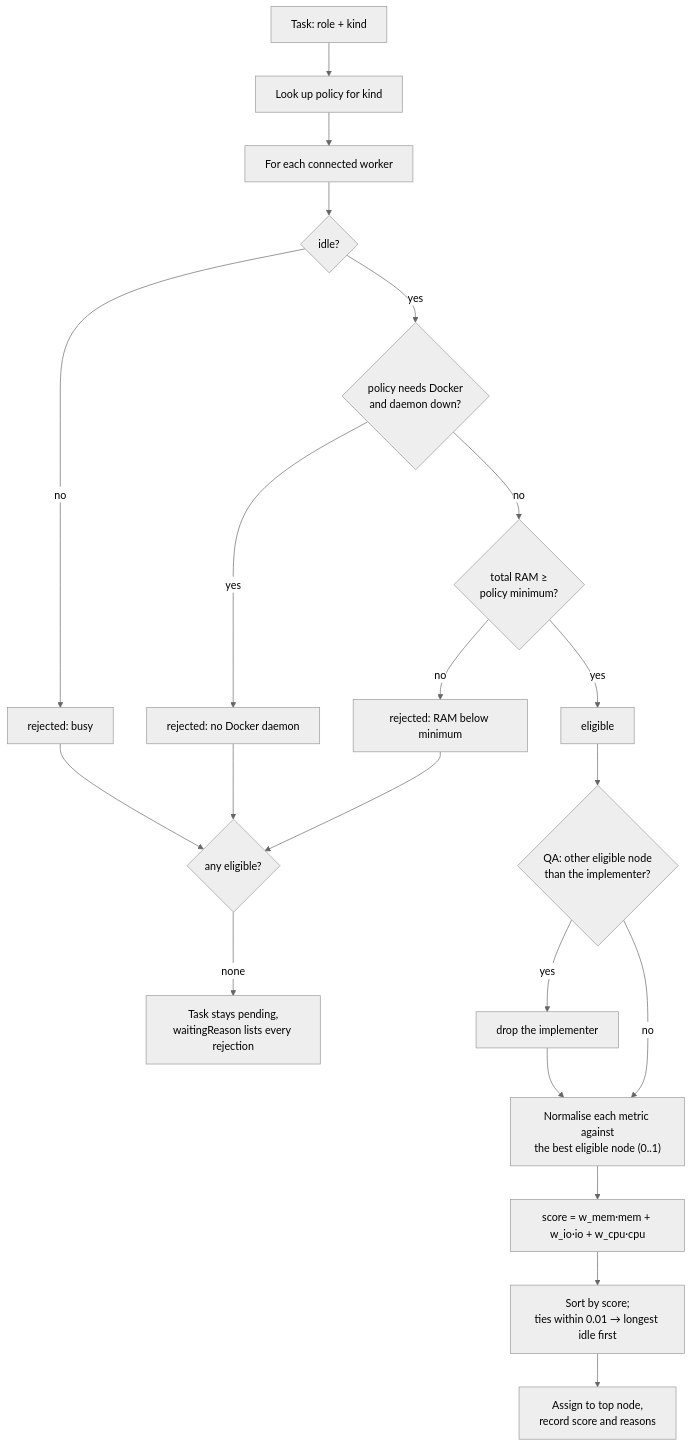
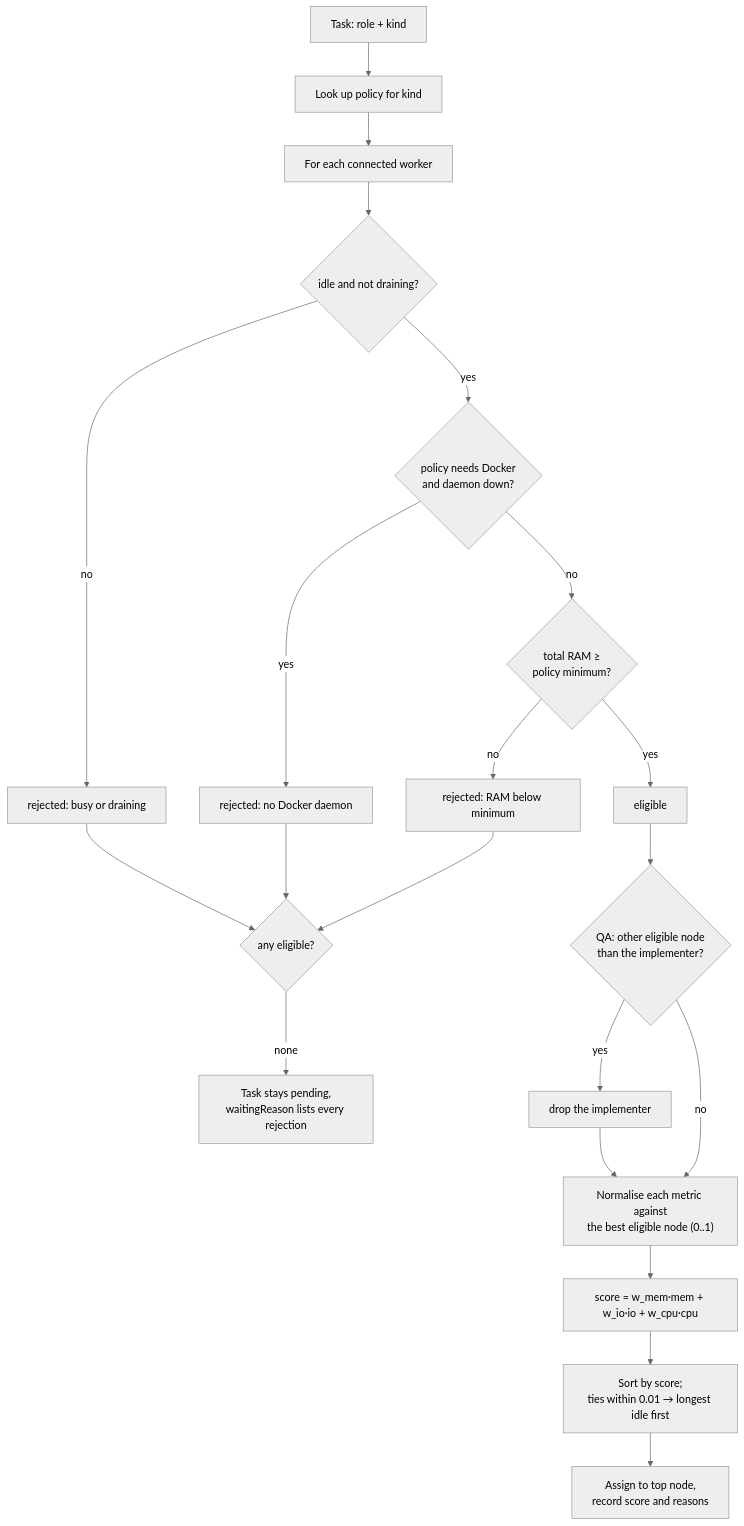
The sixth of 17 diagrams in ARCHITECTURE.md (Sys64k/ai-swarm-orchestrator), drawn with Mermaid (neutral theme) before and after one commit. The commit also changed other lines of this file and 20 other files, not shown here.

````diff
--- a/ARCHITECTURE.md
+++ b/ARCHITECTURE.md
@@ -368,21 +369,21 @@
 ```mermaid
 flowchart TD
   T["Task: role + kind"] --> P["Look up policy for kind"]
   P --> L["For each connected worker"]
-  L --> R2{"idle?"}
-  R2 -- no --> X2["rejected: busy"]
+  L --> R2{"idle and not draining?"}
+  R2 -- no --> X2["rejected: busy or draining"]
   R2 -- yes --> R3{"policy needs Docker<br/>and daemon down?"}
   R3 -- yes --> X3["rejected: no Docker daemon"]
   R3 -- no --> R4{"total RAM ≥<br/>policy minimum?"}
   R4 -- no --> X4["rejected: RAM below minimum"]
   R4 -- yes --> OK["eligible"]
   OK --> AV{"QA: other eligible node<br/>than the implementer?"}
   AV -- yes --> DROP["drop the implementer"]
   AV -- no --> N
   DROP --> N["Normalise each metric against<br/>the best eligible node (0..1)"]
   N --> S["score = w_mem·mem + w_io·io + w_cpu·cpu"]
   S --> SORT["Sort by score;<br/>ties within 0.01 → longest idle first"]
   SORT --> PICK["Assign to top node,<br/>record score and reasons"]
   X2 & X3 & X4 --> W{"any eligible?"}
   W -- "none" --> PEND["Task stays pending,<br/>waitingReason lists every rejection"]
 ```
````
